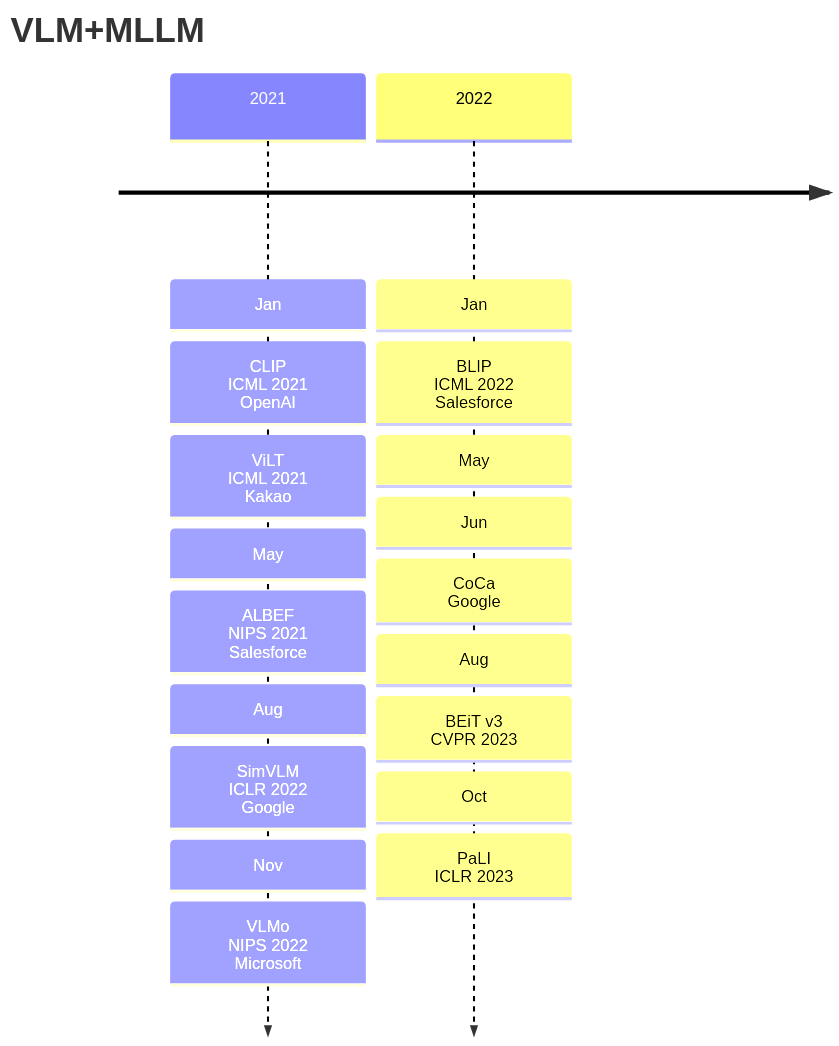
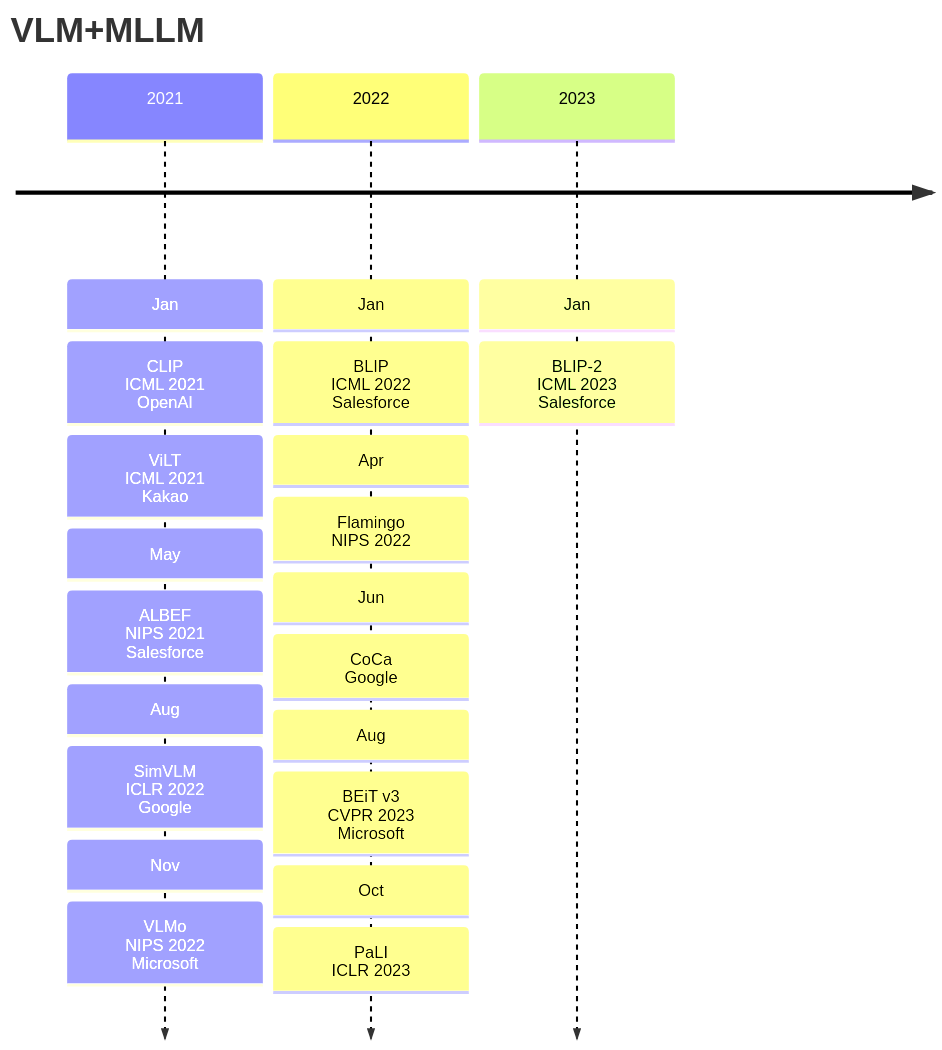
Before and after one commit to Elephant-King9/Paper: the first of 6 diagrams in Base_Model/VLM+VLLM/analyse.md, drawn with Mermaid. The commit also changed other lines of this file and 5 other files, not shown here.

````diff
--- a/Base_Model/VLM+VLLM/analyse.md
+++ b/Base_Model/VLM+VLLM/analyse.md
@@ -5,22 +5,25 @@
 ```mermaid
 timeline
     title VLM+MLLM
     2021 : Jan
     		 : CLIP<br>ICML 2021<br>OpenAI
     		 : ViLT<br>ICML 2021<br>Kakao
     		 : May
     		 : ALBEF<br>NIPS 2021<br>Salesforce
     		 : Aug
     		 : SimVLM<br>ICLR 2022<br>Google
     		 : Nov
     		 : VLMo<br>NIPS 2022<br>Microsoft
     2022 : Jan
     		 : BLIP<br>ICML 2022<br>Salesforce
-    		 : May
+    		 : Apr
+    		 : Flamingo<br>NIPS 2022
     		 : Jun
     		 : CoCa<br>Google
     		 : Aug
-    		 : BEiT v3<br>CVPR 2023
+    		 : BEiT v3<br>CVPR 2023<br>Microsoft
     		 : Oct
     		 : PaLI<br>ICLR 2023
+    2023 : Jan
+    		 : BLIP-2<br>ICML 2023<br>Salesforce
 ```
````
